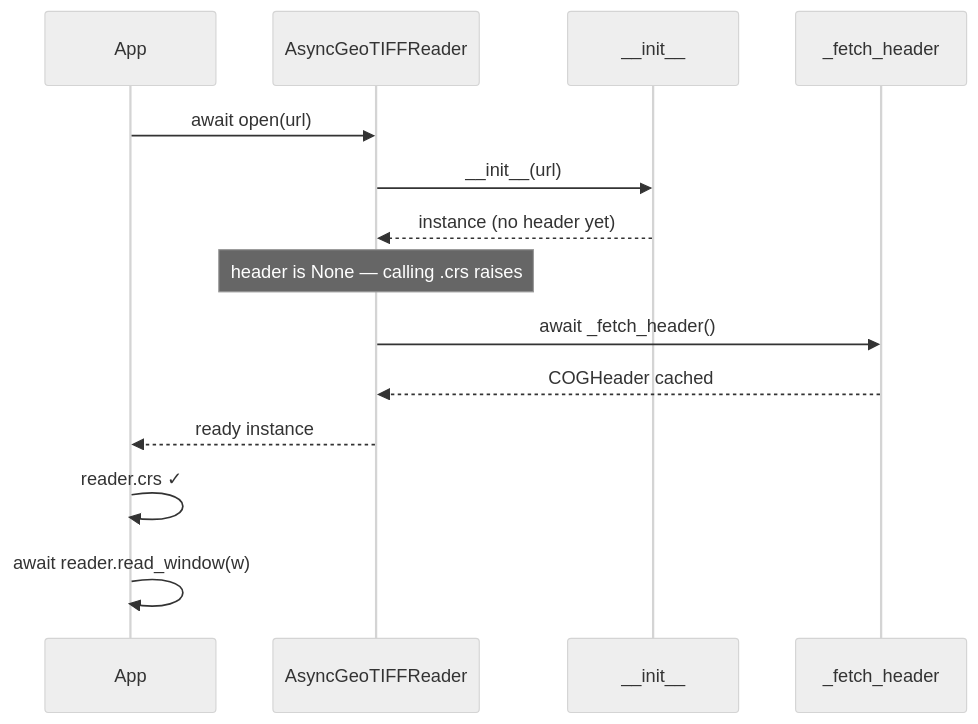
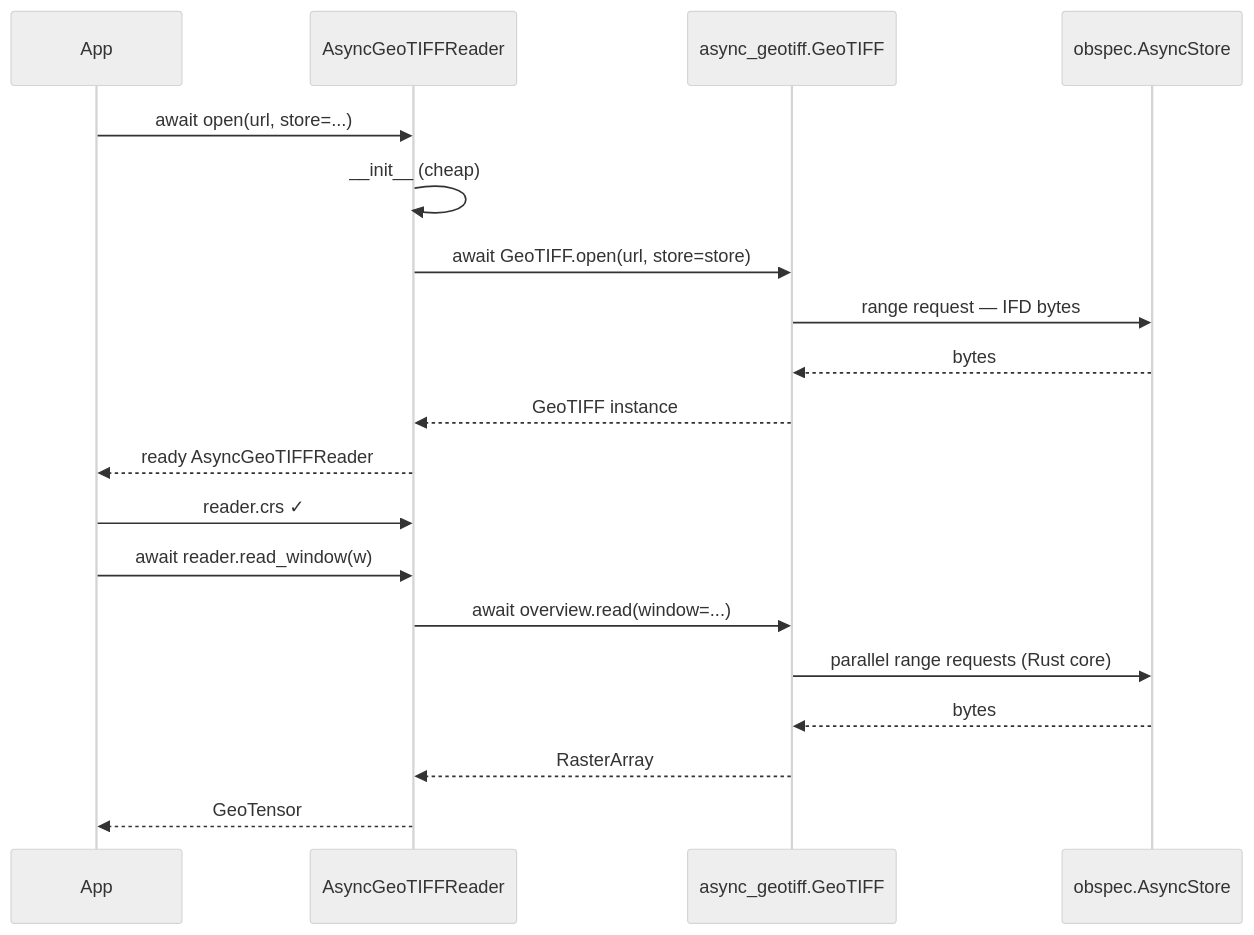
One commit to jejjohnson/research_notebook changed the second of 2 diagrams in projects/geotoolz/plans/georeader/reader_async_geotiff.md. Above: the diagram before and after it, drawn with Mermaid (neutral theme). The commit also changed other lines of this file and 18 other files, not shown here.

First line of the commit message:
docs(geotoolz): drop LazyCOGReader; thin async reader over async-geotiff + obspec (#57)

````diff
--- a/projects/geotoolz/plans/georeader/reader_async_geotiff.md
+++ b/projects/geotoolz/plans/georeader/reader_async_geotiff.md
@@ -93,17 +121,22 @@
 ```{mermaid}
 sequenceDiagram
     participant App
     participant Cls as AsyncGeoTIFFReader
-    participant Init as __init__
-    participant Header as _fetch_header
+    participant AGT as async_geotiff.GeoTIFF
+    participant Store as obspec.AsyncStore
 
-    App->>Cls: await open(url)
-    Cls->>Init: __init__(url)
-    Init-->>Cls: instance (no header yet)
-    Note over Cls: header is None — calling .crs raises
-    Cls->>Header: await _fetch_header()
-    Header-->>Cls: COGHeader cached
-    Cls-->>App: ready instance
-    App->>App: reader.crs ✓
-    App->>App: await reader.read_window(w)
+    App->>Cls: await open(url, store=...)
+    Cls->>Cls: __init__ (cheap)
+    Cls->>AGT: await GeoTIFF.open(url, store=store)
+    AGT->>Store: range request — IFD bytes
+    Store-->>AGT: bytes
+    AGT-->>Cls: GeoTIFF instance
+    Cls-->>App: ready AsyncGeoTIFFReader
+    App->>Cls: reader.crs ✓
+    App->>Cls: await reader.read_window(w)
+    Cls->>AGT: await overview.read(window=...)
+    AGT->>Store: parallel range requests (Rust core)
+    Store-->>AGT: bytes
+    AGT-->>Cls: RasterArray
+    Cls-->>App: GeoTensor
 ```
````
